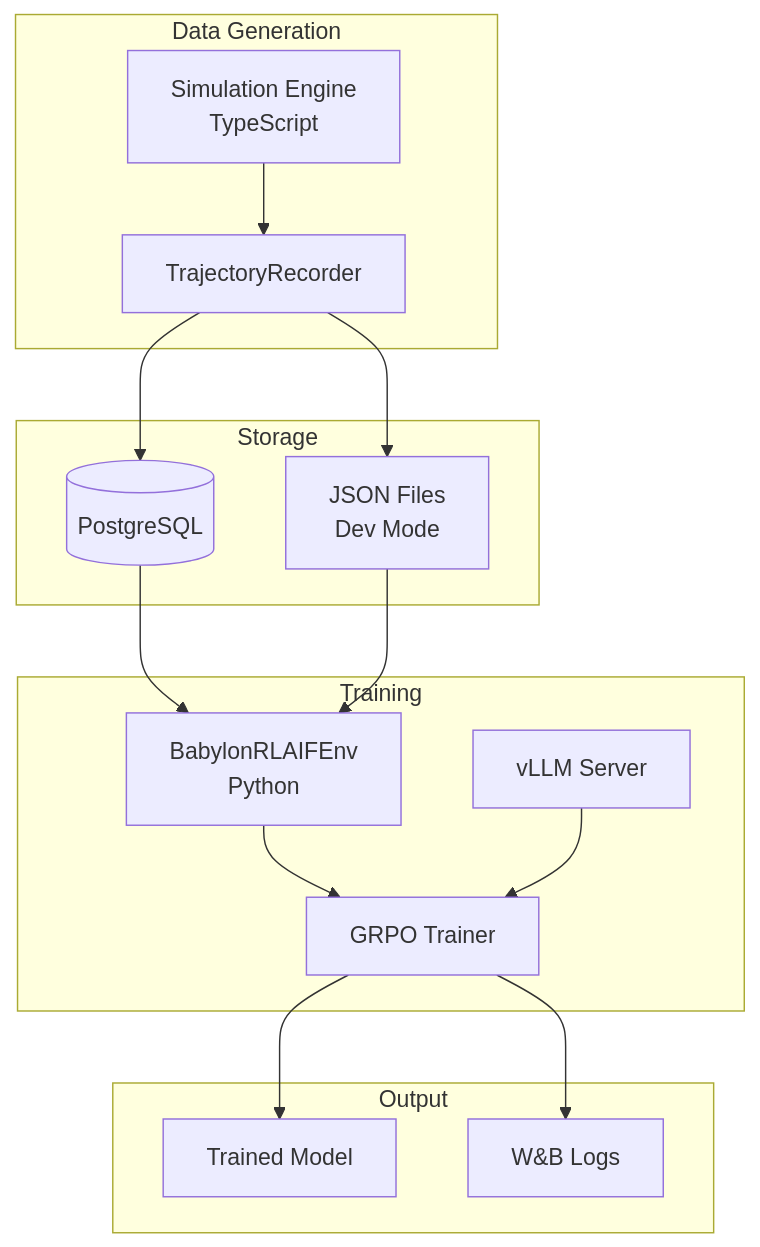
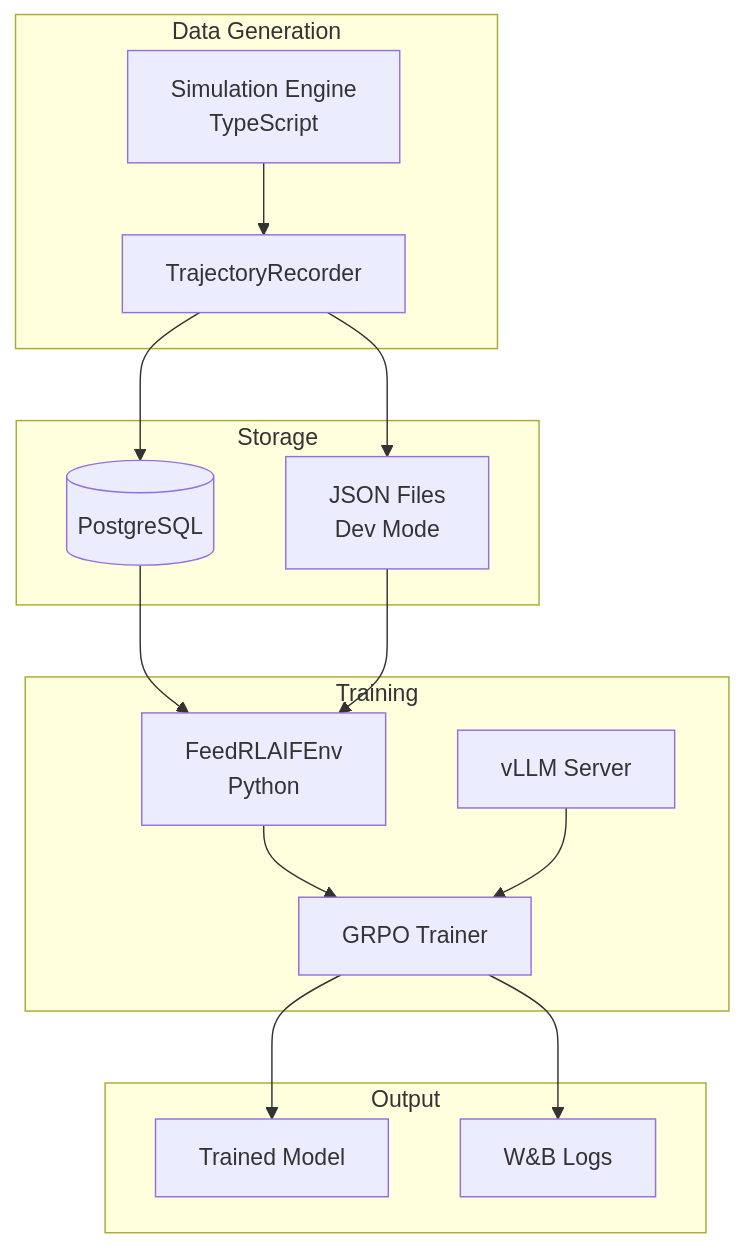
Before and after one commit to elizaOS/eliza: the diagram in packages/feed/packages/training/book/src/introduction.md, drawn with Mermaid. The commit also changed other lines of this file and 2477 other files, not shown here.

First line of the commit message:
chore(feed): rename babylon → feed across packages/feed

````diff
--- a/packages/feed/packages/training/book/src/introduction.md
+++ b/packages/feed/packages/training/book/src/introduction.md
@@ -24,33 +24,33 @@
 ```mermaid
 graph TB
     subgraph "Data Generation"
         SIM[Simulation Engine<br/>TypeScript]
         REC[TrajectoryRecorder]
     end
     
     subgraph "Storage"
         DB[(PostgreSQL)]
         JSON[JSON Files<br/>Dev Mode]
     end
     
     subgraph "Training"
-        ENV[BabylonRLAIFEnv<br/>Python]
+        ENV[FeedRLAIFEnv<br/>Python]
         TRAINER[GRPO Trainer]
         VLLM[vLLM Server]
     end
     
     subgraph "Output"
         MODEL[Trained Model]
         WANDB[W&B Logs]
     end
     
     SIM --> REC
     REC --> DB
     REC --> JSON
     DB --> ENV
     JSON --> ENV
     ENV --> TRAINER
     VLLM --> TRAINER
     TRAINER --> MODEL
     TRAINER --> WANDB
 ```
````
